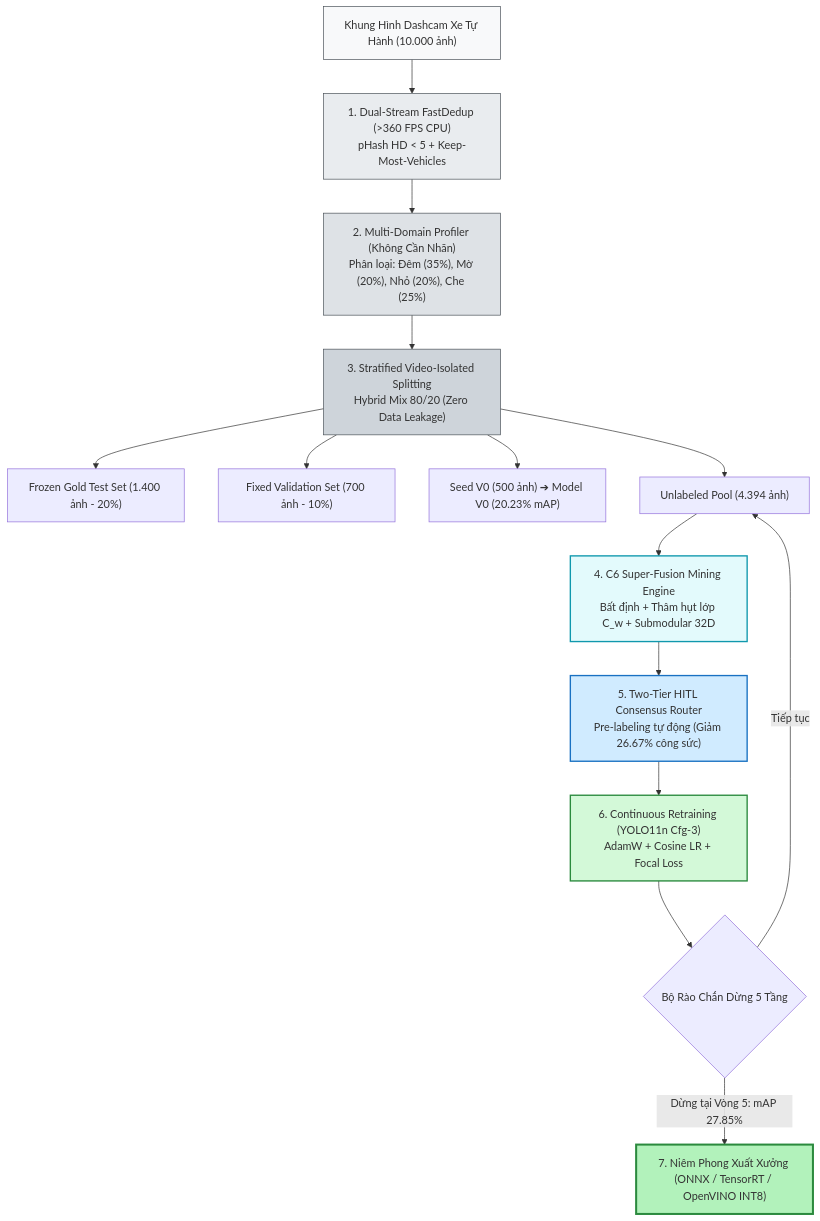
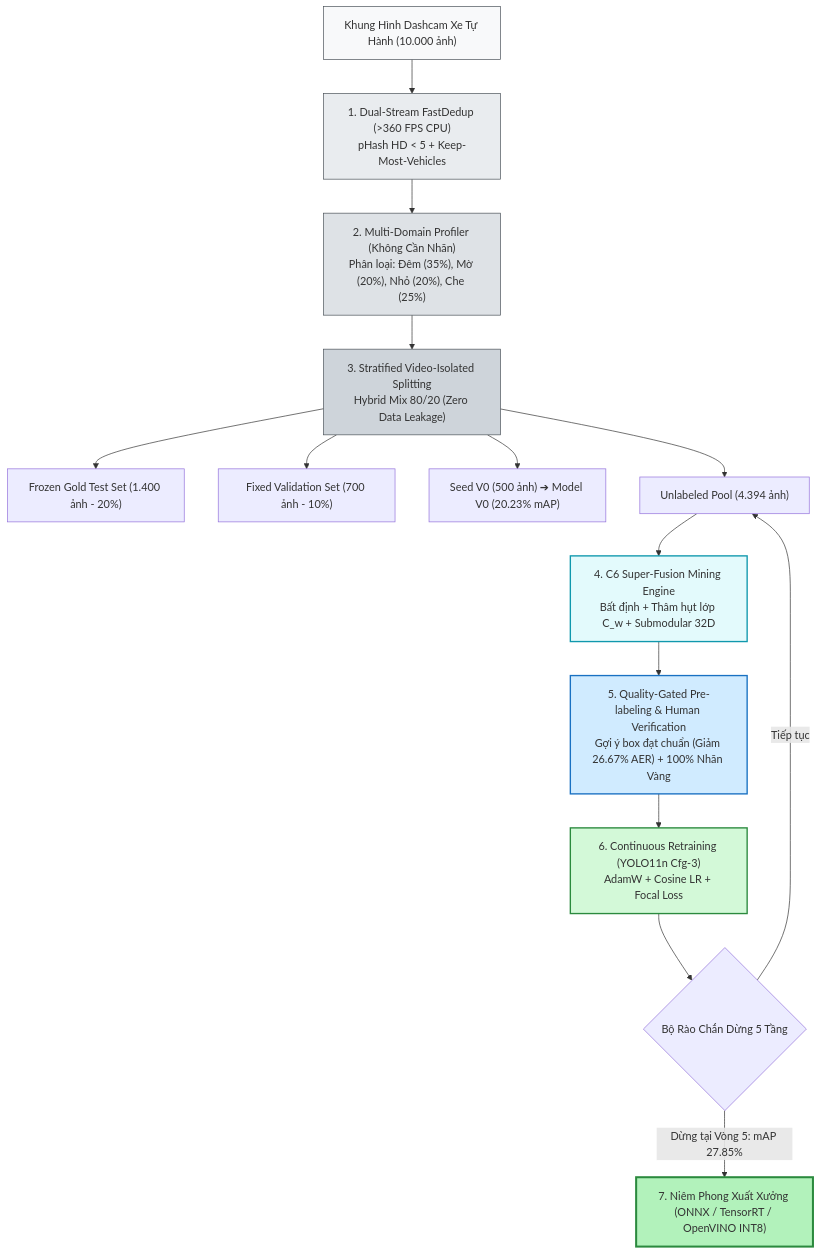
The second of 2 diagrams in README.md (nguyenhuynhdt37/autonomous-driving-active-learning-lab), drawn with Mermaid before and after one commit. The commit also changed other lines of this file and 8 other files, not shown here.

Commit message:
docs: synchronize continuous active loop diagrams and quality-gated hitl policy across all markdown files

````diff
--- a/README.md
+++ b/README.md
@@ -75,27 +74,27 @@
 ```mermaid
 flowchart TB
     RAW["Khung Hình Dashcam Xe Tự Hành (10.000 ảnh)"] --> FAST["1. Dual-Stream FastDedup (>360 FPS CPU)<br/>pHash HD < 5 + Keep-Most-Vehicles"]
     FAST --> PROF["2. Multi-Domain Profiler (Không Cần Nhãn)<br/>Phân loại: Đêm (35%), Mờ (20%), Nhỏ (20%), Che (25%)"]
     PROF --> SPLIT["3. Stratified Video-Isolated Splitting<br/>Hybrid Mix 80/20 (Zero Data Leakage)"]
     
     SPLIT --> TEST["Frozen Gold Test Set (1.400 ảnh - 20%)"]
     SPLIT --> VAL["Fixed Validation Set (700 ảnh - 10%)"]
     SPLIT --> SEED["Seed V0 (500 ảnh) ➔ Model V0 (20.23% mAP)"]
     SPLIT --> POOL["Unlabeled Pool (4.394 ảnh)"]
 
     POOL --> C6["4. C6 Super-Fusion Mining Engine<br/>Bất định + Thâm hụt lớp C_w + Submodular 32D"]
-    C6 --> ROUTER["5. Two-Tier HITL Consensus Router<br/>Pre-labeling tự động (Giảm 26.67% công sức)"]
+    C6 --> ROUTER["5. Quality-Gated Pre-labeling & Human Verification<br/>Gợi ý box đạt chuẩn (Giảm 26.67% AER) + 100% Nhãn Vàng"]
     ROUTER --> RETRAIN["6. Continuous Retraining (YOLO11n Cfg-3)<br/>AdamW + Cosine LR + Focal Loss"]
     RETRAIN --> GATES{"Bộ Rào Chắn Dừng 5 Tầng"}
     GATES -->|Tiếp tục| POOL
     GATES -->|Dừng tại Vòng 5: mAP 27.85%| VICTORY["7. Niêm Phong Xuất Xưởng (ONNX / TensorRT / OpenVINO INT8)"]
 
     style RAW fill:#f8f9fa,stroke:#495057,stroke-width:1px
     style FAST fill:#e9ecef,stroke:#495057,stroke-width:1px
     style PROF fill:#dee2e6,stroke:#495057,stroke-width:1px
     style SPLIT fill:#ced4da,stroke:#495057,stroke-width:1px
     style C6 fill:#e3fafc,stroke:#1098ad,stroke-width:2px
     style ROUTER fill:#d0ebff,stroke:#1971c2,stroke-width:2px
     style RETRAIN fill:#d3f9d8,stroke:#2b8a3e,stroke-width:2px
     style VICTORY fill:#b2f2bb,stroke:#2b8a3e,stroke-width:3px
 ```
````
